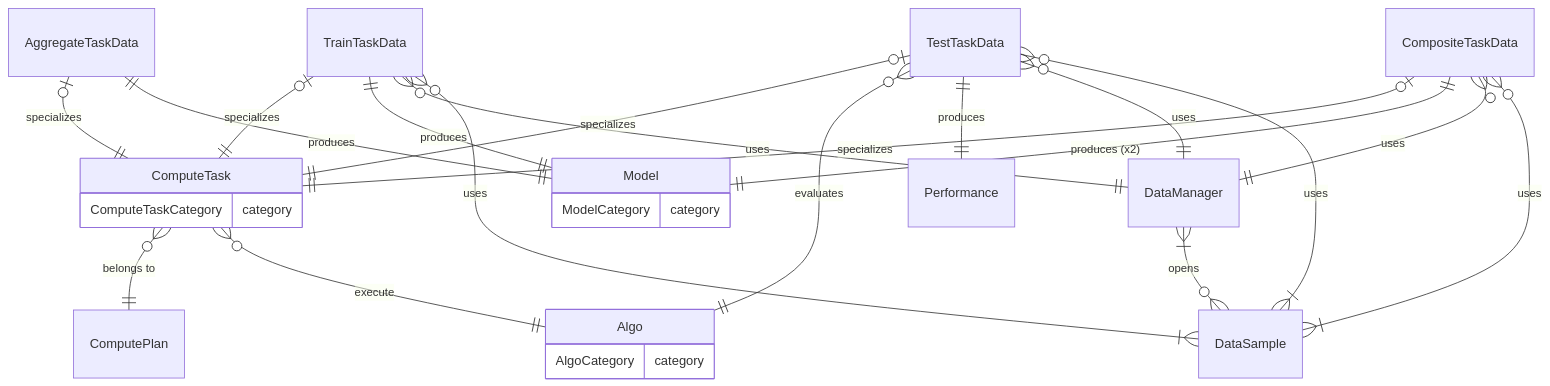
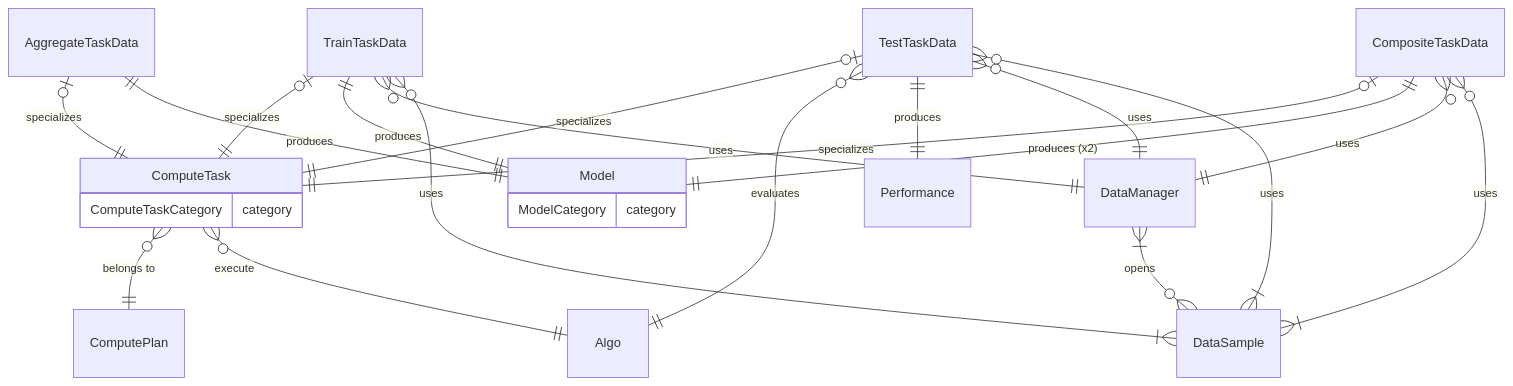
The diagram in docs/schemas/entities.mmd (Substra/orchestrator), drawn with Mermaid before and after one commit. The commit also changed 15 other files, not shown here.

Commit message:
feat: stop storing algo category

```diff
--- a/docs/schemas/entities.mmd
+++ b/docs/schemas/entities.mmd
@@ -1,34 +1,32 @@
 erDiagram
     DataManager }|--o{ DataSample : opens
     ComputeTask }o--|| ComputePlan : "belongs to"
     ComputeTask {
         ComputeTaskCategory category
     }
 
     ComputeTask }o--|| Algo : execute
-    Algo {
-        AlgoCategory category
-    }
+    Algo {}
 
     TrainTaskData |o--|| ComputeTask: specializes
     TrainTaskData ||--|| Model: produces
     TrainTaskData }o--|| DataManager: uses
     TrainTaskData }o--|{ DataSample: uses
 
     TestTaskData |o--|| ComputeTask: specializes
     TestTaskData }o--|| Algo : evaluates
     TestTaskData ||--|| Performance: produces
     TestTaskData }o--|| DataManager: uses
     TestTaskData }o--|{ DataSample: uses
 
     AggregateTaskData |o--|| ComputeTask: specializes
     AggregateTaskData ||--|| Model: produces
 
     CompositeTaskData |o--|| ComputeTask: specializes
     CompositeTaskData ||--|| Model: "produces (x2)"
     CompositeTaskData }o--|| DataManager: uses
     CompositeTaskData }o--|{ DataSample: uses
 
     Model {
         ModelCategory category
     }
```
